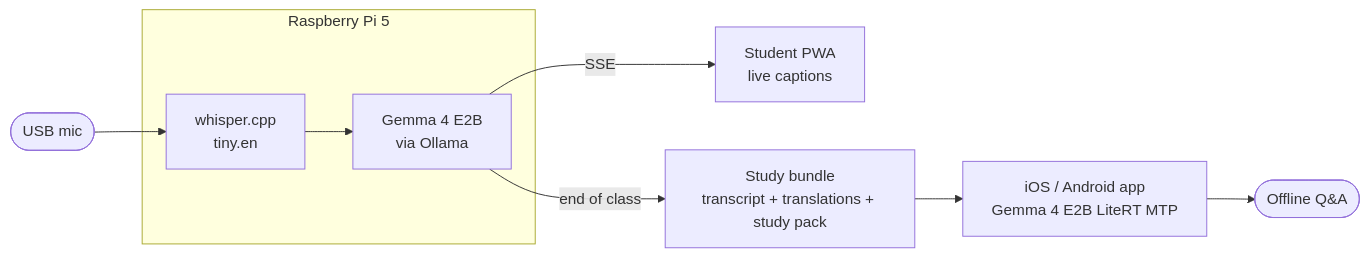
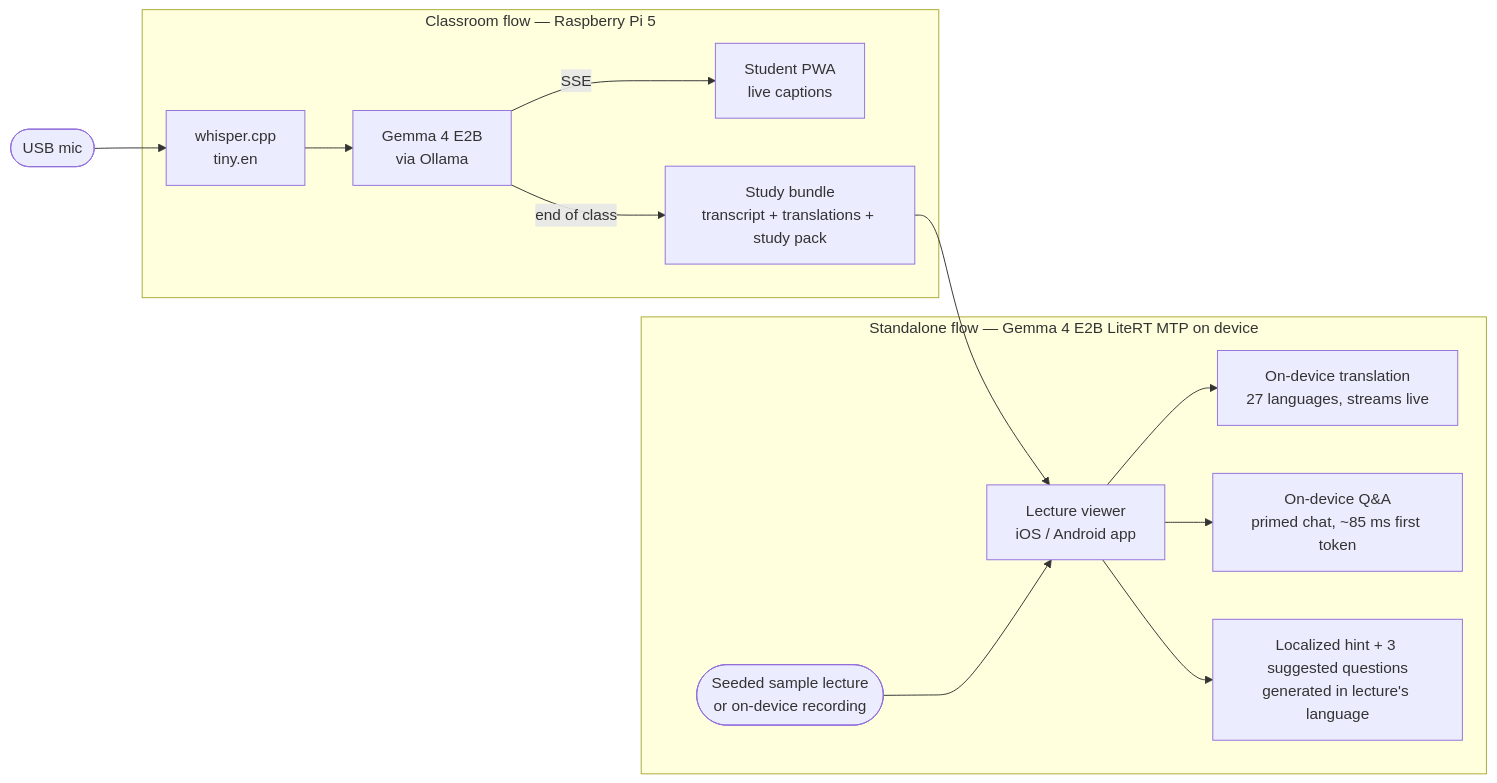
Before and after one commit to KookiesNKareem/EchoLang: the diagram in README.md, drawn with Mermaid. The commit also changed other lines of this file, not shown here.

Commit message:
README: show standalone phone flow alongside classroom flow in architecture diagram

````diff
--- a/README.md
+++ b/README.md
@@ -21,14 +25,29 @@
 ```mermaid
 flowchart LR
     mic([USB mic]) --> whisper[whisper.cpp<br/>tiny.en]
     whisper --> gemma_pi[Gemma 4 E2B<br/>via Ollama]
     gemma_pi -->|SSE| pwa[Student PWA<br/>live captions]
     gemma_pi -->|end of class| bundle[Study bundle<br/>transcript + translations + study pack]
-    bundle --> phone[iOS / Android app<br/>Gemma 4 E2B LiteRT MTP]
-    phone --> qa([Offline Q&A])
+    bundle --> lecture
 
-    subgraph pi [Raspberry Pi 5]
+    builtin([Seeded sample lecture<br/>or on-device recording]) --> lecture
+    lecture[Lecture viewer<br/>iOS / Android app]
+    lecture --> translate[On-device translation<br/>27 languages, streams live]
+    lecture --> qa[On-device Q&A<br/>primed chat, ~85 ms first token]
+    lecture --> starters[Localized hint + 3 suggested questions<br/>generated in lecture's language]
+
+    subgraph classroom [Classroom flow — Raspberry Pi 5]
         whisper
         gemma_pi
+        pwa
+        bundle
+    end
+
+    subgraph phone [Standalone flow — Gemma 4 E2B LiteRT MTP on device]
+        builtin
+        lecture
+        translate
+        qa
+        starters
     end
 ```
````
